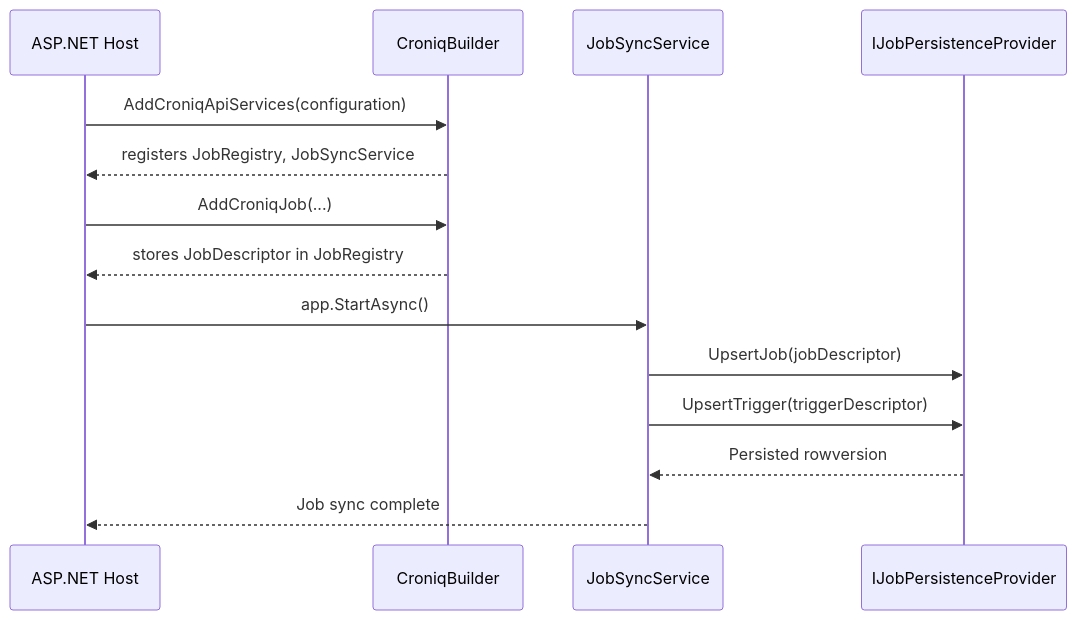
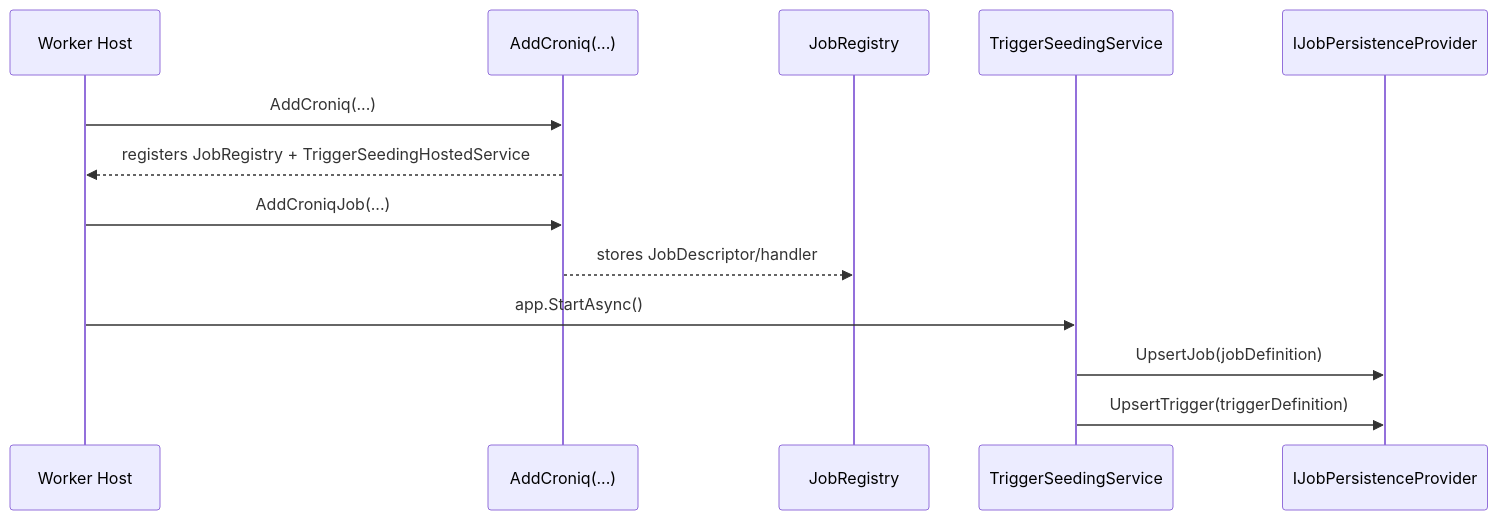
The diagram in docs/deep-dive/job-registration.md (nuetzliches/croniq), drawn with Mermaid before and after one commit. The commit also changed other lines of this file and 22 other files, not shown here.

First line of the commit message:
Add trigger seeding and fluent job registration

````diff
--- a/docs/deep-dive/job-registration.md
+++ b/docs/deep-dive/job-registration.md
@@ -22,17 +24,16 @@
 ```mermaid
 sequenceDiagram
-    participant Host as ASP.NET Host
-    participant Croniq as CroniqBuilder
-    participant Sync as JobSyncService
+    participant Host as Worker Host
+    participant Croniq as AddCroniq(...)
+    participant Registry as JobRegistry
+    participant Seed as TriggerSeedingService
     participant Store as IJobPersistenceProvider
 
-    Host->>Croniq: AddCroniqApiServices(configuration)
-    Croniq-->>Host: registers JobRegistry, JobSyncService
+    Host->>Croniq: AddCroniq(...)
+    Croniq-->>Host: registers JobRegistry + TriggerSeedingHostedService
     Host->>Croniq: AddCroniqJob(...)
-    Croniq-->>Host: stores JobDescriptor in JobRegistry
-    Host->>Sync: app.StartAsync()
-    Sync->>Store: UpsertJob(jobDescriptor)
-    Sync->>Store: UpsertTrigger(triggerDescriptor)
-    Store-->>Sync: Persisted rowversion
-    Sync-->>Host: Job sync complete
+    Croniq-->>Registry: stores JobDescriptor/handler
+    Host->>Seed: app.StartAsync()
+    Seed->>Store: UpsertJob(jobDefinition)
+    Seed->>Store: UpsertTrigger(triggerDefinition)
 ```
````
